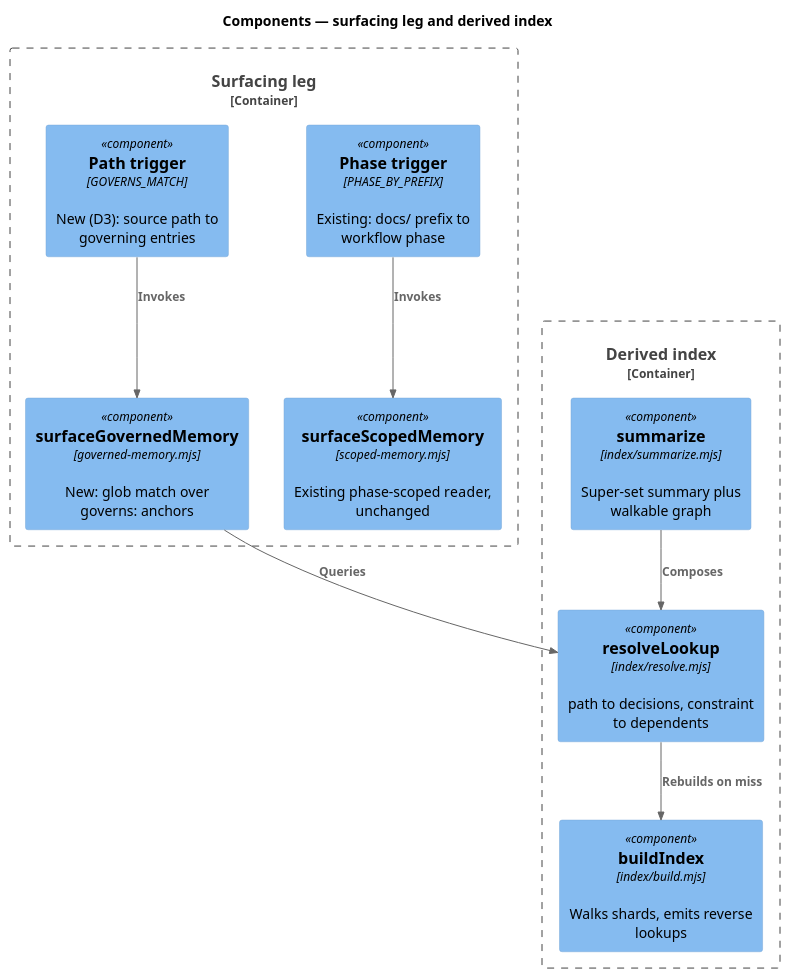
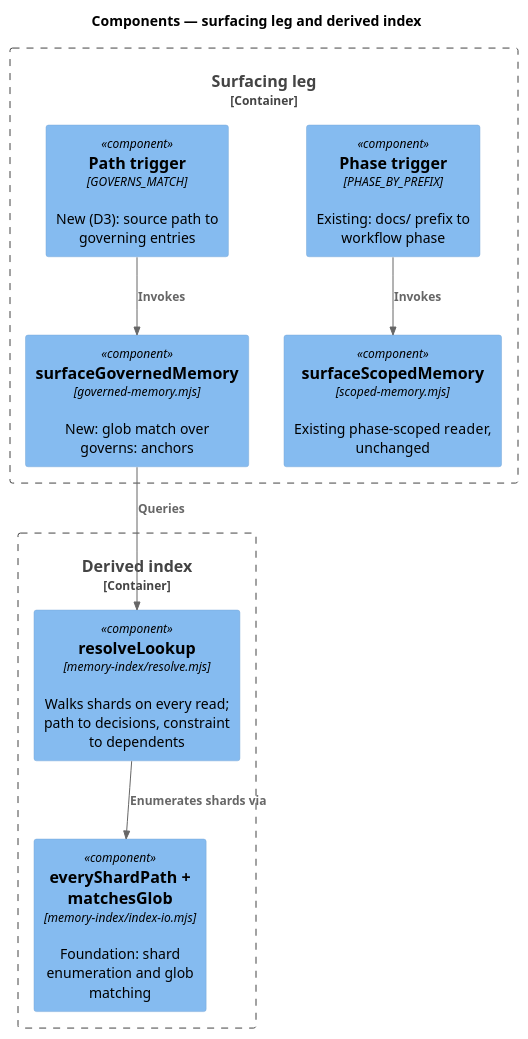
The third of 8 diagrams in docs/specs/living-system-model.md (friedbotstudio/baseline), drawn with PlantUML before and after one commit. The commit also changed other lines of this file and 38 other files, not shown here.

````diff
--- a/docs/specs/living-system-model.md
+++ b/docs/specs/living-system-model.md
@@ -96,25 +96,23 @@
 ```plantuml
 @startuml
 !include <C4/C4_Component>
 title Components — surfacing leg and derived index
 
 Container_Boundary(surface, "Surfacing leg") {
   Component(phaseTrig, "Phase trigger", "PHASE_BY_PREFIX", "Existing: docs/ prefix to workflow phase")
   Component(pathTrig, "Path trigger", "GOVERNS_MATCH", "New (D3): source path to governing entries")
   Component(scoped, "surfaceScopedMemory", "scoped-memory.mjs", "Existing phase-scoped reader, unchanged")
   Component(governed, "surfaceGovernedMemory", "governed-memory.mjs", "New: glob match over governs: anchors")
 }
 
 Container_Boundary(index, "Derived index") {
-  Component(build, "buildIndex", "index/build.mjs", "Walks shards, emits reverse lookups")
-  Component(resolve, "resolveLookup", "index/resolve.mjs", "path to decisions, constraint to dependents")
-  Component(cluster, "summarize", "index/summarize.mjs", "Super-set summary plus walkable graph")
+  Component(resolve, "resolveLookup", "memory-index/resolve.mjs", "Walks shards on every read; path to decisions, constraint to dependents")
+  Component(io, "everyShardPath + matchesGlob", "memory-index/index-io.mjs", "Foundation: shard enumeration and glob matching")
 }
 
 Rel(pathTrig, governed, "Invokes")
 Rel(phaseTrig, scoped, "Invokes")
 Rel(governed, resolve, "Queries")
-Rel(resolve, build, "Rebuilds on miss")
-Rel(cluster, resolve, "Composes")
+Rel(resolve, io, "Enumerates shards via")
 @enduml
 ```
````
